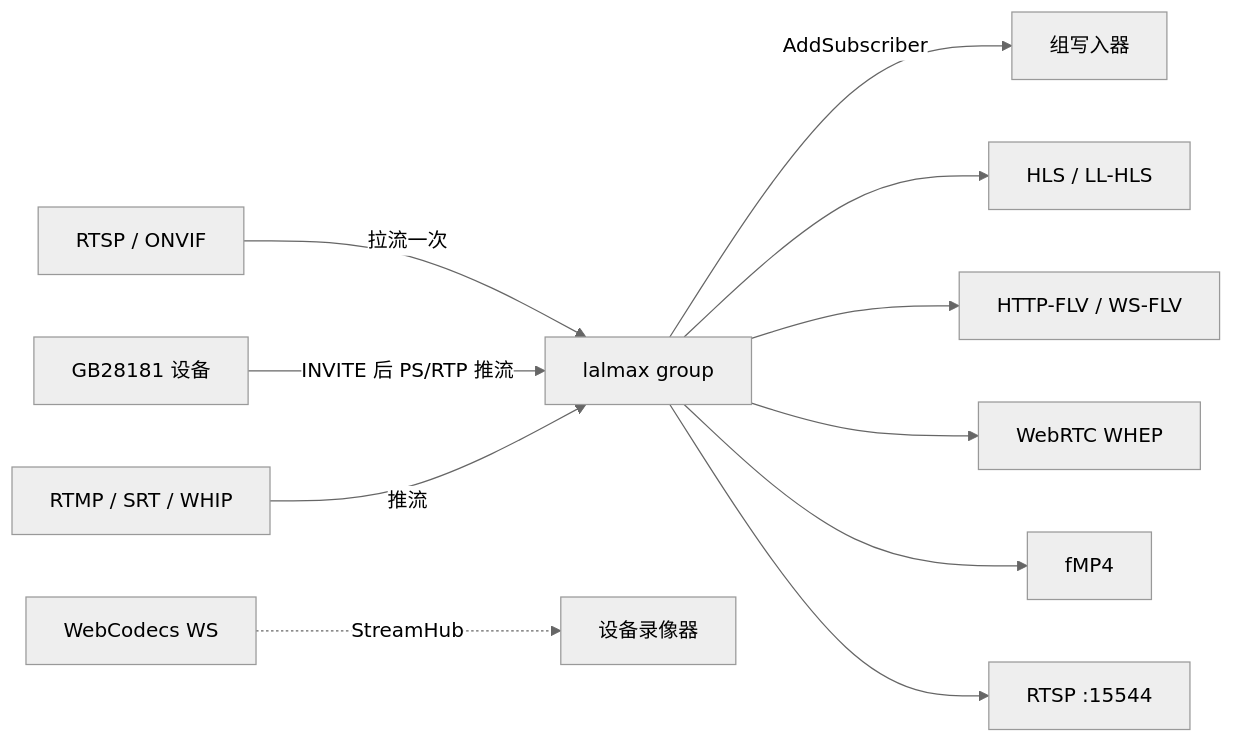
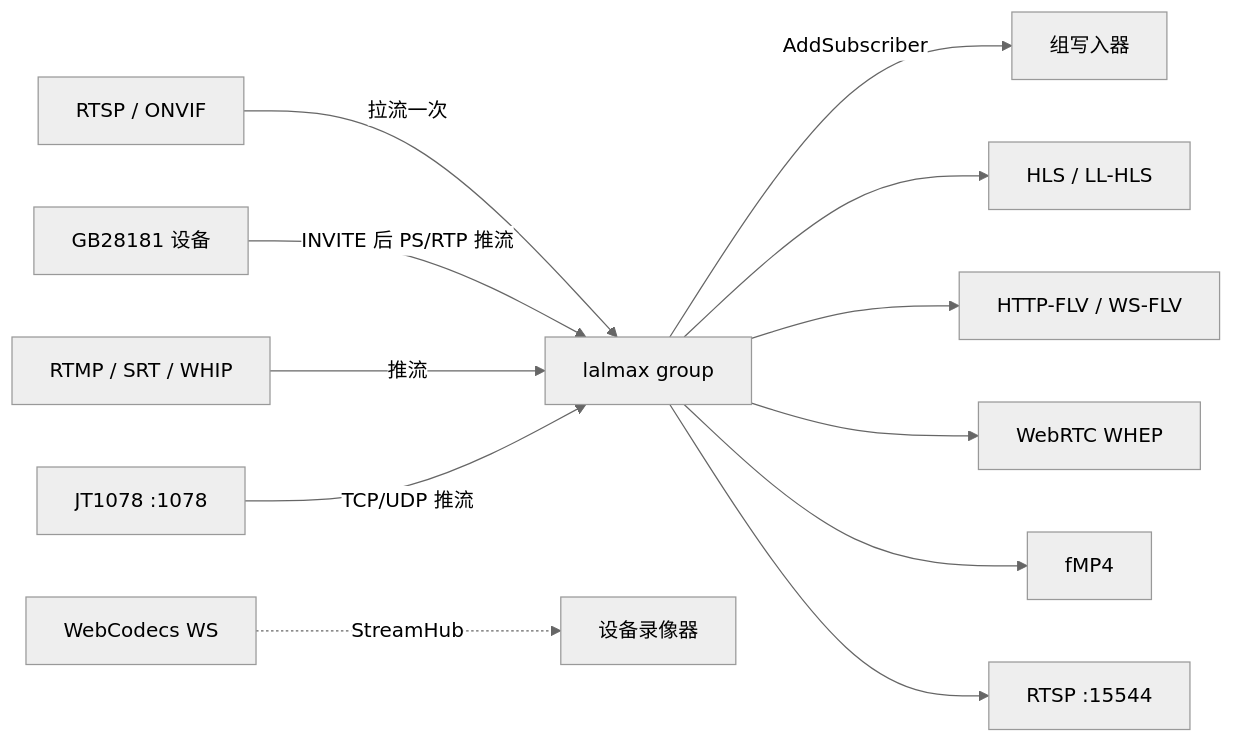
The third of 7 diagrams in docs/zh/architecture.md (lalmax-pro/lalmax-nvr), drawn with Mermaid (neutral theme) before and after one commit. The commit also changed other lines of this file and 47 other files, not shown here.

````diff
--- a/docs/zh/architecture.md
+++ b/docs/zh/architecture.md
@@ -108,13 +111,14 @@
 ```mermaid
 flowchart LR
   RTSP[RTSP / ONVIF] -->|拉流一次| G["lalmax group"]
   GB[GB28181 设备] -->|INVITE 后 PS/RTP 推流| G
   Push[RTMP / SRT / WHIP] -->|推流| G
+  JT[JT1078 :1078] -->|TCP/UDP 推流| G
   G -->|AddSubscriber| Rec[组写入器]
   G --> HLS[HLS / LL-HLS]
   G --> FLV[HTTP-FLV / WS-FLV]
   G --> RTC[WebRTC WHEP]
   G --> FMP4[fMP4]
   G --> RTSPOut["RTSP :15544"]
   WS[WebCodecs WS] -.->|StreamHub| Dev[设备录像器]
 ```
````
